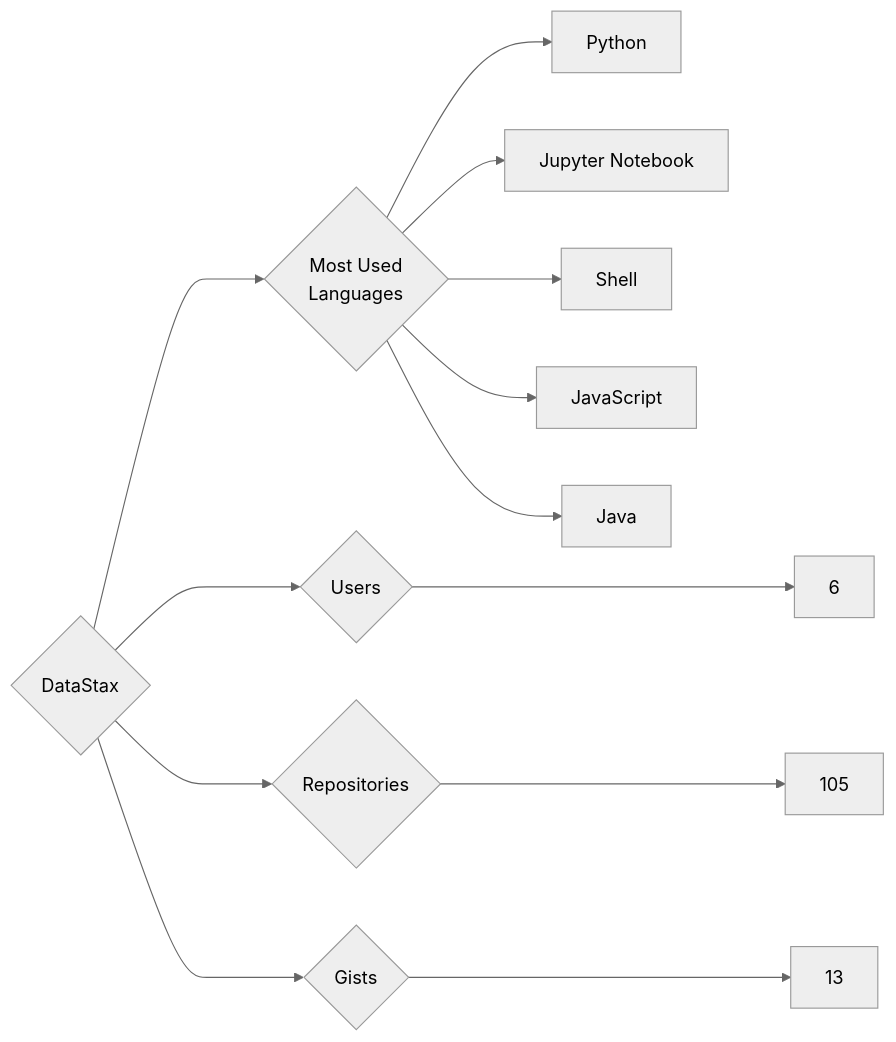
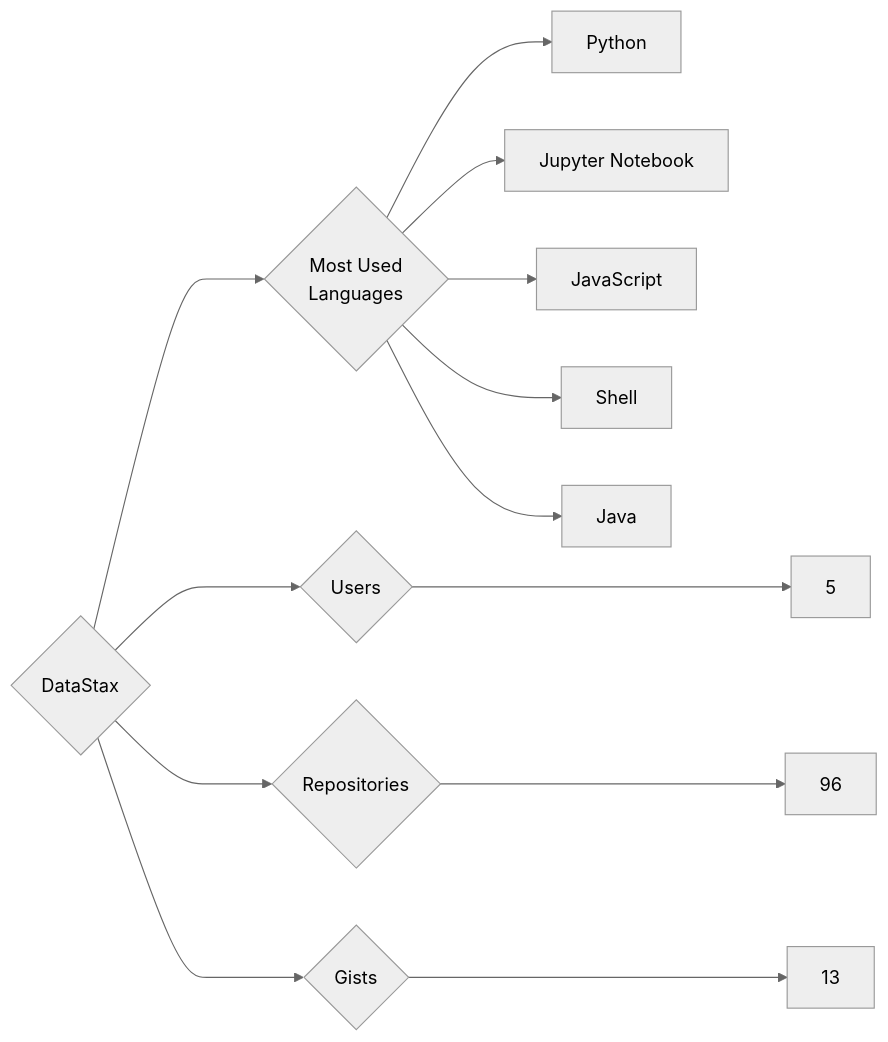
One commit to trickest/insiders changed the diagram in targets/DataStax/README.md. Above: the diagram before and after it, drawn with Mermaid (neutral theme). The commit also changed 1175 other files, not shown here.

````diff
--- a/targets/DataStax/README.md
+++ b/targets/DataStax/README.md
@@ -3,13 +3,13 @@
 ```mermaid
 graph LR
 COMPANY_NAME{DataStax}
-COMPANY_NAME ---> U{Users} ---> UN[6]
-COMPANY_NAME ---> R{Repositories} ---> RN[105]
+COMPANY_NAME ---> U{Users} ---> UN[5]
+COMPANY_NAME ---> R{Repositories} ---> RN[96]
 COMPANY_NAME ---> G{Gists} ---> GN[13]
 COMPANY_NAME ---> ML{Most Used<br>Languages}
 ML --> Python[Python]
 ML --> Jupyter_Notebook[Jupyter Notebook]
+ML --> JavaScript[JavaScript]
 ML --> Shell[Shell]
-ML --> JavaScript[JavaScript]
 ML --> Java[Java]
 ```
````
